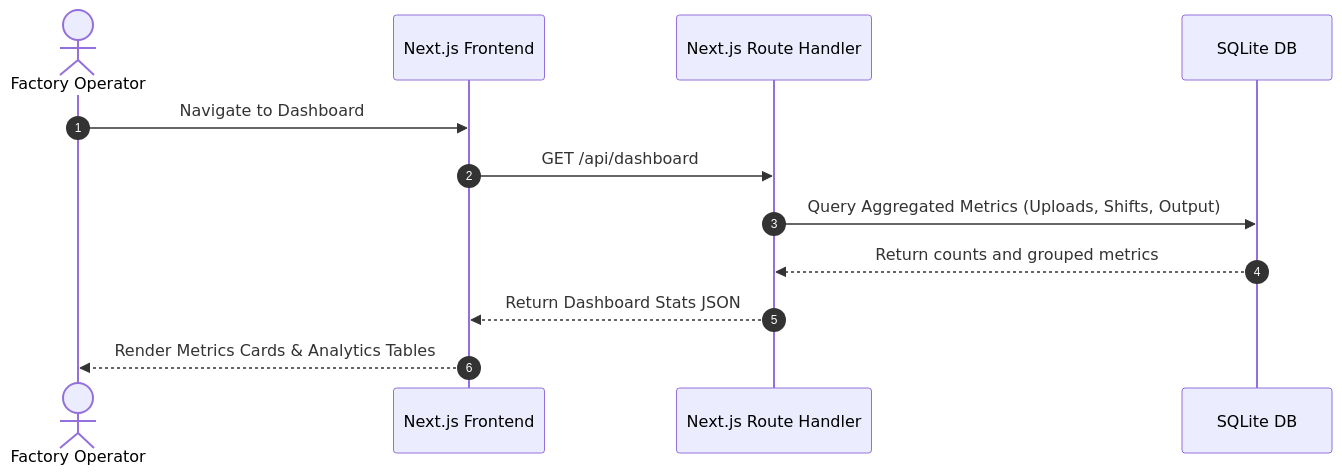
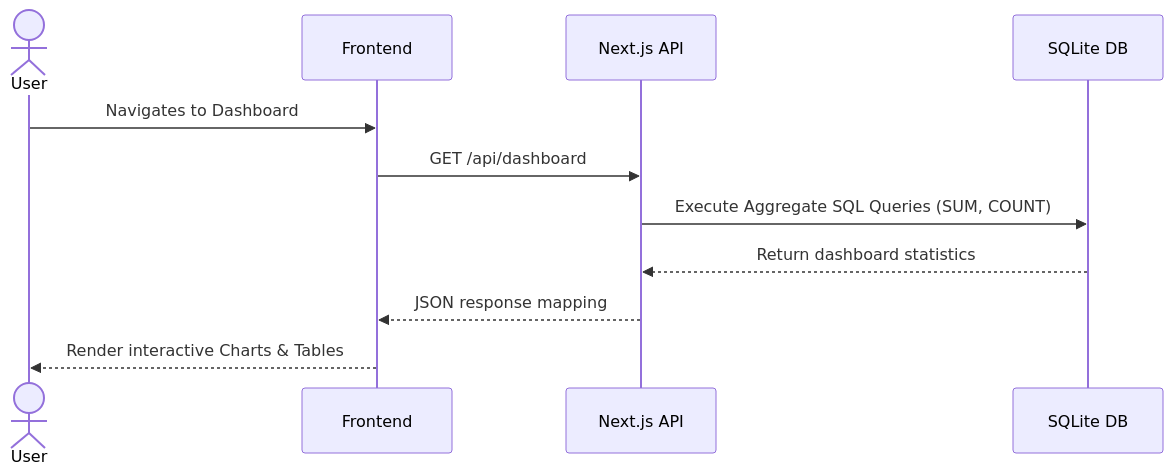
The sixth of 8 diagrams in README.md (nanthitha25/biztelai), drawn with Mermaid before and after one commit. The commit also changed other lines of this file and 40 other files, not shown here.

````diff
--- a/README.md
+++ b/README.md
@@ -153,15 +177,14 @@
 ```mermaid
 sequenceDiagram
-    autonumber
-    actor Operator as Factory Operator
-    participant UI as Next.js Frontend
-    participant API as Next.js Route Handler
+    actor User
+    participant UI as Frontend
+    participant API as Next.js API
     participant DB as SQLite DB
 
-    Operator->>UI: Navigate to Dashboard
+    User->>UI: Navigates to Dashboard
     UI->>API: GET /api/dashboard
-    API->>DB: Query Aggregated Metrics (Uploads, Shifts, Output)
-    DB-->>API: Return counts and grouped metrics
-    API-->>UI: Return Dashboard Stats JSON
-    UI-->>Operator: Render Metrics Cards & Analytics Tables
+    API->>DB: Execute Aggregate SQL Queries (SUM, COUNT)
+    DB-->>API: Return dashboard statistics
+    API-->>UI: JSON response mapping
+    UI-->>User: Render interactive Charts & Tables
 ```
````
